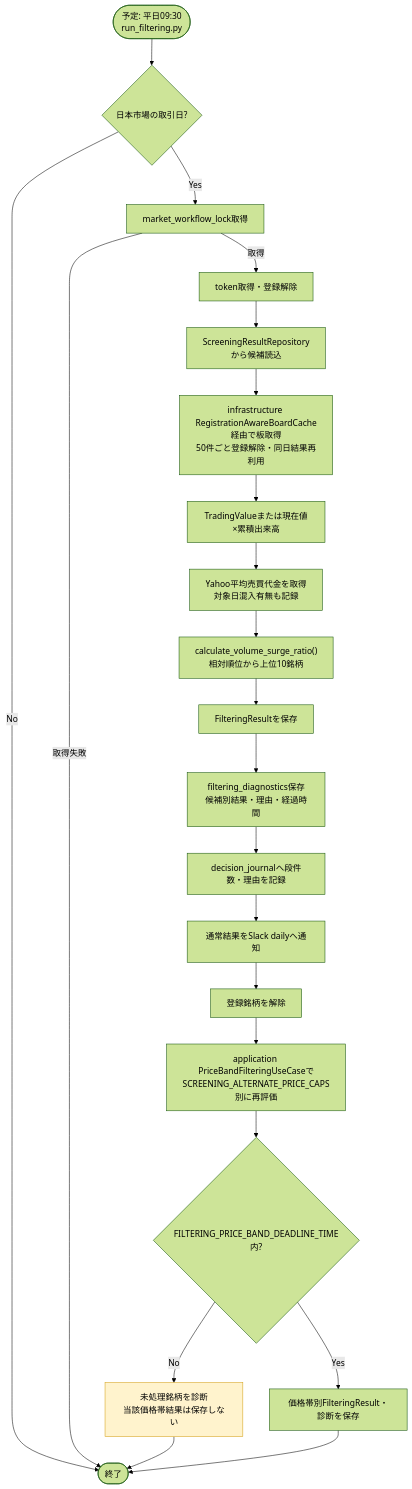
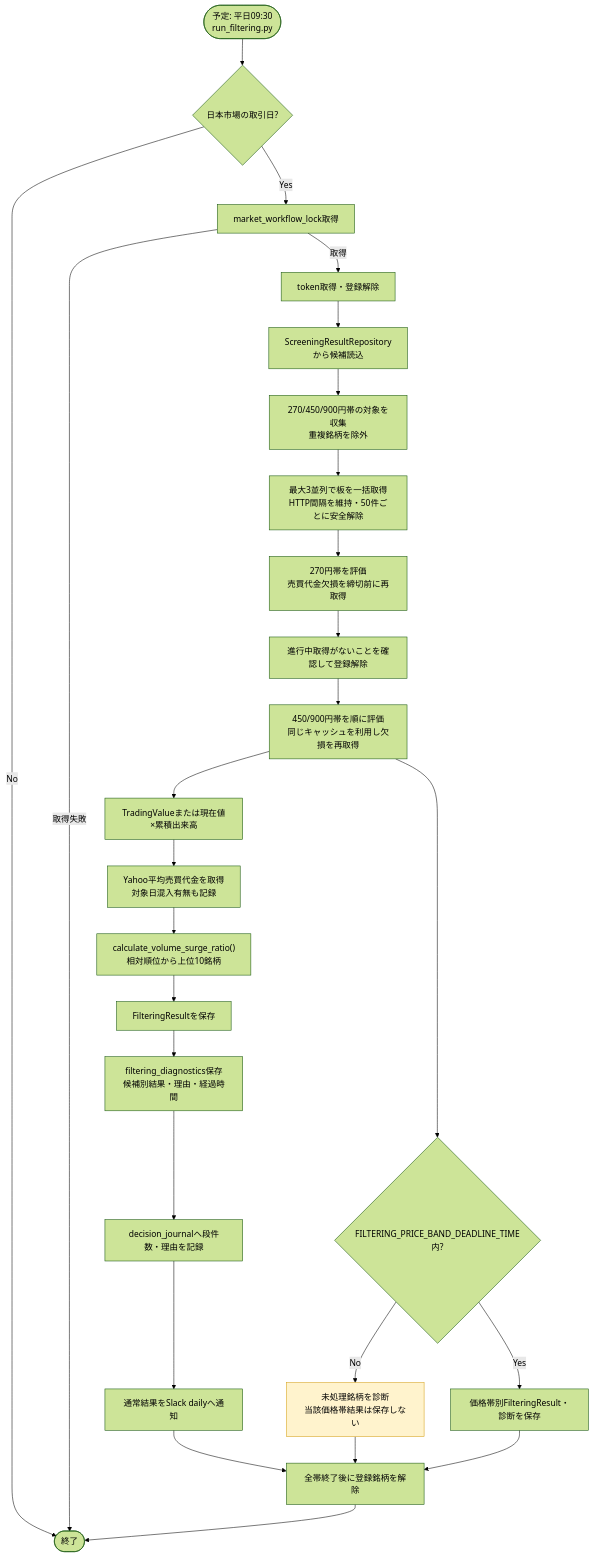
Before and after one commit to kiyoto-aizu/trade-pjoject: the diagram in docs/detail_design/02-filtering-flow.mermaid, drawn with Mermaid (forest theme). The commit also changed 15 other files, not shown here.

```diff
--- a/docs/detail_design/02-filtering-flow.mermaid
+++ b/docs/detail_design/02-filtering-flow.mermaid
@@ -1,24 +1,28 @@
 flowchart TD
     Start(["予定: 平日09:30<br/>run_filtering.py"]) --> Day{"日本市場の取引日?"}
     Day -->|No| End(["終了"])
     Day -->|Yes| Lock["market_workflow_lock取得"]
     Lock -->|取得失敗| End
     Lock -->|取得| Token["token取得・登録解除"]
     Token --> Input["ScreeningResultRepositoryから候補読込"]
-    Input --> Board["infrastructure RegistrationAwareBoardCache経由で板取得<br/>50件ごと登録解除・同日結果再利用"]
-    Board --> Value["TradingValueまたは現在値×累積出来高"]
+    Input --> Gather["270/450/900円帯の対象を収集<br/>重複銘柄を除外"]
+    Gather --> Board["最大3並列で板を一括取得<br/>HTTP間隔を維持・50件ごとに安全解除"]
+    Board --> Primary["270円帯を評価<br/>売買代金欠損を締切前に再取得"]
+    Primary --> Clear["進行中取得がないことを確認して登録解除"]
+    Clear --> Bands["450/900円帯を順に評価<br/>同じキャッシュを利用し欠損を再取得"]
+    Bands --> Value["TradingValueまたは現在値×累積出来高"]
     Value --> Average["Yahoo平均売買代金を取得<br/>対象日混入有無も記録"]
     Average --> Score["calculate_volume_surge_ratio()<br/>相対順位から上位10銘柄"]
     Score --> Result["FilteringResultを保存"]
     Result --> Diagnostic["filtering_diagnostics保存<br/>候補別結果・理由・経過時間"]
     Diagnostic --> Journal["decision_journalへ段件数・理由を記録"]
     Journal --> Notify["通常結果をSlack dailyへ通知"]
-    Notify --> Clear["登録銘柄を解除"]
-    Clear --> Bands["application PriceBandFilteringUseCaseで<br/>SCREENING_ALTERNATE_PRICE_CAPS別に再評価"]
+    Notify --> Release["全帯終了後に登録銘柄を解除"]
+    Release --> End
     Bands --> Deadline{"FILTERING_PRICE_BAND_DEADLINE_TIME内?"}
     Deadline -->|No| Partial["未処理銘柄を診断<br/>当該価格帯結果は保存しない"]
     Deadline -->|Yes| BandSave["価格帯別FilteringResult・診断を保存"]
-    Partial --> End
-    BandSave --> End
+    Partial --> Release
+    BandSave --> Release
 
     style Partial fill:#fff3cd,stroke:#d4a017
```
